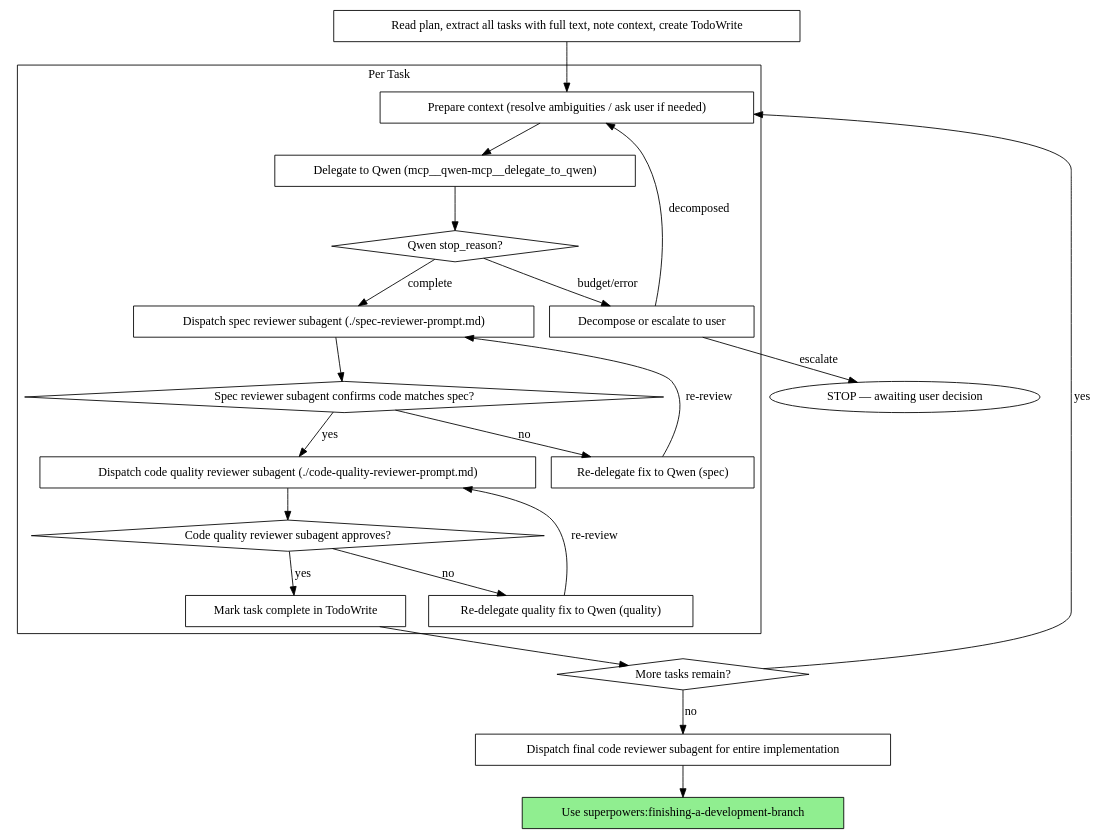
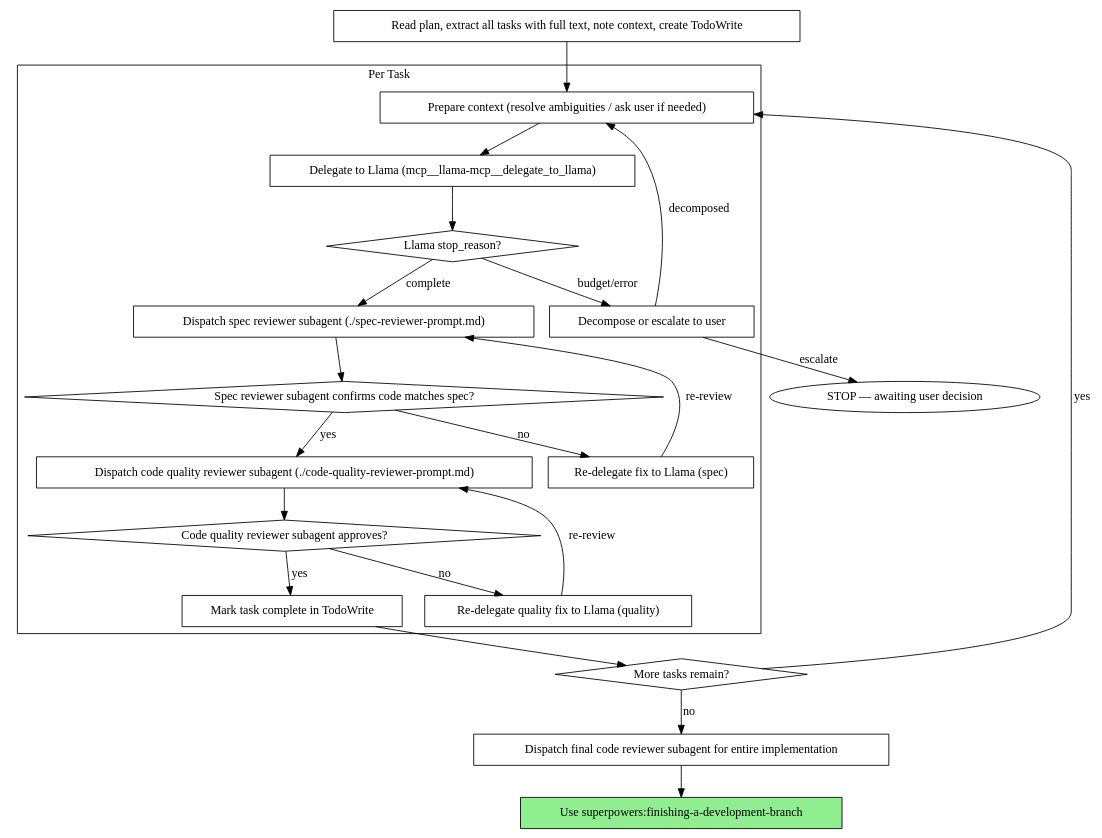
The second of 2 diagrams in skills/subagent-driven-development/SKILL.md (obra/superpowers), drawn with Graphviz before and after one commit. The commit also changed other lines of this file, not shown here.

Commit message:
refactor: rename Qwen to Llama in subagent-driven-development skill

````diff
--- a/skills/subagent-driven-development/SKILL.md
+++ b/skills/subagent-driven-development/SKILL.md
@@ -44,45 +44,45 @@
 ```dot
 digraph process {
     rankdir=TB;
 
     subgraph cluster_per_task {
         label="Per Task";
         "Prepare context (resolve ambiguities / ask user if needed)" [shape=box];
-        "Delegate to Qwen (mcp__qwen-mcp__delegate_to_qwen)" [shape=box];
-        "Qwen stop_reason?" [shape=diamond];
+        "Delegate to Llama (mcp__llama-mcp__delegate_to_llama)" [shape=box];
+        "Llama stop_reason?" [shape=diamond];
         "Decompose or escalate to user" [shape=box];
         "Dispatch spec reviewer subagent (./spec-reviewer-prompt.md)" [shape=box];
         "Spec reviewer subagent confirms code matches spec?" [shape=diamond];
-        "Re-delegate fix to Qwen (spec)" [shape=box];
+        "Re-delegate fix to Llama (spec)" [shape=box];
         "Dispatch code quality reviewer subagent (./code-quality-reviewer-prompt.md)" [shape=box];
         "Code quality reviewer subagent approves?" [shape=diamond];
-        "Re-delegate quality fix to Qwen (quality)" [shape=box];
+        "Re-delegate quality fix to Llama (quality)" [shape=box];
         "Mark task complete in TodoWrite" [shape=box];
     }
 
     "Read plan, extract all tasks with full text, note context, create TodoWrite" [shape=box];
     "More tasks remain?" [shape=diamond];
     "Dispatch final code reviewer subagent for entire implementation" [shape=box];
     "Use superpowers:finishing-a-development-branch" [shape=box style=filled fillcolor=lightgreen];
 
     "Read plan, extract all tasks with full text, note context, create TodoWrite" -> "Prepare context (resolve ambiguities / ask user if needed)";
-    "Prepare context (resolve ambiguities / ask user if needed)" -> "Delegate to Qwen (mcp__qwen-mcp__delegate_to_qwen)";
-    "Delegate to Qwen (mcp__qwen-mcp__delegate_to_qwen)" -> "Qwen stop_reason?";
-    "Qwen stop_reason?" -> "Decompose or escalate to user" [label="budget/error"];
+    "Prepare context (resolve ambiguities / ask user if needed)" -> "Delegate to Llama (mcp__llama-mcp__delegate_to_llama)";
+    "Delegate to Llama (mcp__llama-mcp__delegate_to_llama)" -> "Llama stop_reason?";
+    "Llama stop_reason?" -> "Decompose or escalate to user" [label="budget/error"];
     "Decompose or escalate to user" -> "Prepare context (resolve ambiguities / ask user if needed)" [label="decomposed"];
     "Decompose or escalate to user" -> "STOP — awaiting user decision" [label="escalate"];
-    "Qwen stop_reason?" -> "Dispatch spec reviewer subagent (./spec-reviewer-prompt.md)" [label="complete"];
+    "Llama stop_reason?" -> "Dispatch spec reviewer subagent (./spec-reviewer-prompt.md)" [label="complete"];
     "Dispatch spec reviewer subagent (./spec-reviewer-prompt.md)" -> "Spec reviewer subagent confirms code matches spec?";
-    "Spec reviewer subagent confirms code matches spec?" -> "Re-delegate fix to Qwen (spec)" [label="no"];
-    "Re-delegate fix to Qwen (spec)" -> "Dispatch spec reviewer subagent (./spec-reviewer-prompt.md)" [label="re-review"];
+    "Spec reviewer subagent confirms code matches spec?" -> "Re-delegate fix to Llama (spec)" [label="no"];
+    "Re-delegate fix to Llama (spec)" -> "Dispatch spec reviewer subagent (./spec-reviewer-prompt.md)" [label="re-review"];
     "Spec reviewer subagent confirms code matches spec?" -> "Dispatch code quality reviewer subagent (./code-quality-reviewer-prompt.md)" [label="yes"];
     "Dispatch code quality reviewer subagent (./code-quality-reviewer-prompt.md)" -> "Code quality reviewer subagent approves?";
-    "Code quality reviewer subagent approves?" -> "Re-delegate quality fix to Qwen (quality)" [label="no"];
-    "Re-delegate quality fix to Qwen (quality)" -> "Dispatch code quality reviewer subagent (./code-quality-reviewer-prompt.md)" [label="re-review"];
+    "Code quality reviewer subagent approves?" -> "Re-delegate quality fix to Llama (quality)" [label="no"];
+    "Re-delegate quality fix to Llama (quality)" -> "Dispatch code quality reviewer subagent (./code-quality-reviewer-prompt.md)" [label="re-review"];
     "Code quality reviewer subagent approves?" -> "Mark task complete in TodoWrite" [label="yes"];
     "Mark task complete in TodoWrite" -> "More tasks remain?";
     "More tasks remain?" -> "Prepare context (resolve ambiguities / ask user if needed)" [label="yes"];
     "More tasks remain?" -> "Dispatch final code reviewer subagent for entire implementation" [label="no"];
     "Dispatch final code reviewer subagent for entire implementation" -> "Use superpowers:finishing-a-development-branch";
 }
 ```
````
